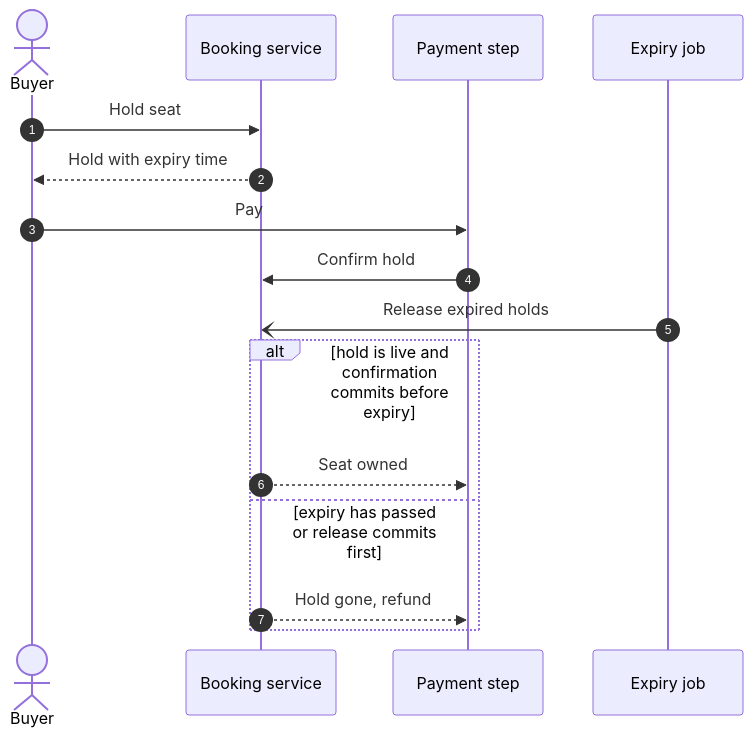
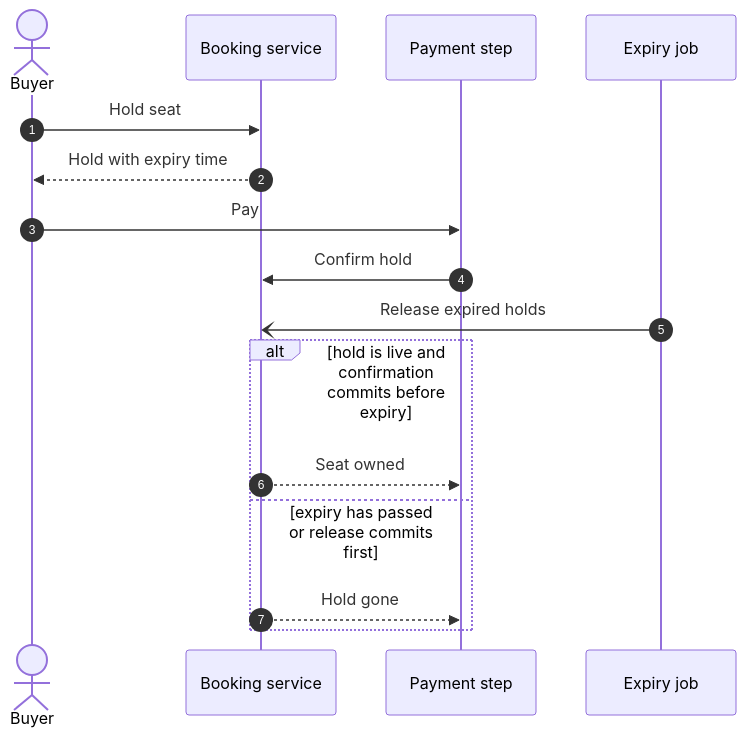
The first of 3 diagrams in skills/mold/evals/files/al-ticket-hold-pick/drafts.md (paulnsorensen/easy-cheese), drawn with Mermaid before and after one commit. The commit also changed other lines of this file and 12 other files, not shown here.

First line of the commit message:
test(mold): make altitude and diagram evals reject a broken Mold

````diff
--- a/skills/mold/evals/files/al-ticket-hold-pick/drafts.md
+++ b/skills/mold/evals/files/al-ticket-hold-pick/drafts.md
@@ -9,18 +9,18 @@
 ```mermaid
 sequenceDiagram
   autonumber
   actor Buyer
   participant Booking as Booking service
   participant Pay as Payment step
   participant Expiry as Expiry job
   Buyer->>Booking: Hold seat
   Booking-->>Buyer: Hold with expiry time
   Buyer->>Pay: Pay
   Pay->>Booking: Confirm hold
   Expiry-)Booking: Release expired holds
   alt hold is live and confirmation commits before expiry
     Booking-->>Pay: Seat owned
   else expiry has passed or release commits first
-    Booking-->>Pay: Hold gone, refund
+    Booking-->>Pay: Hold gone
   end
 ```
````
